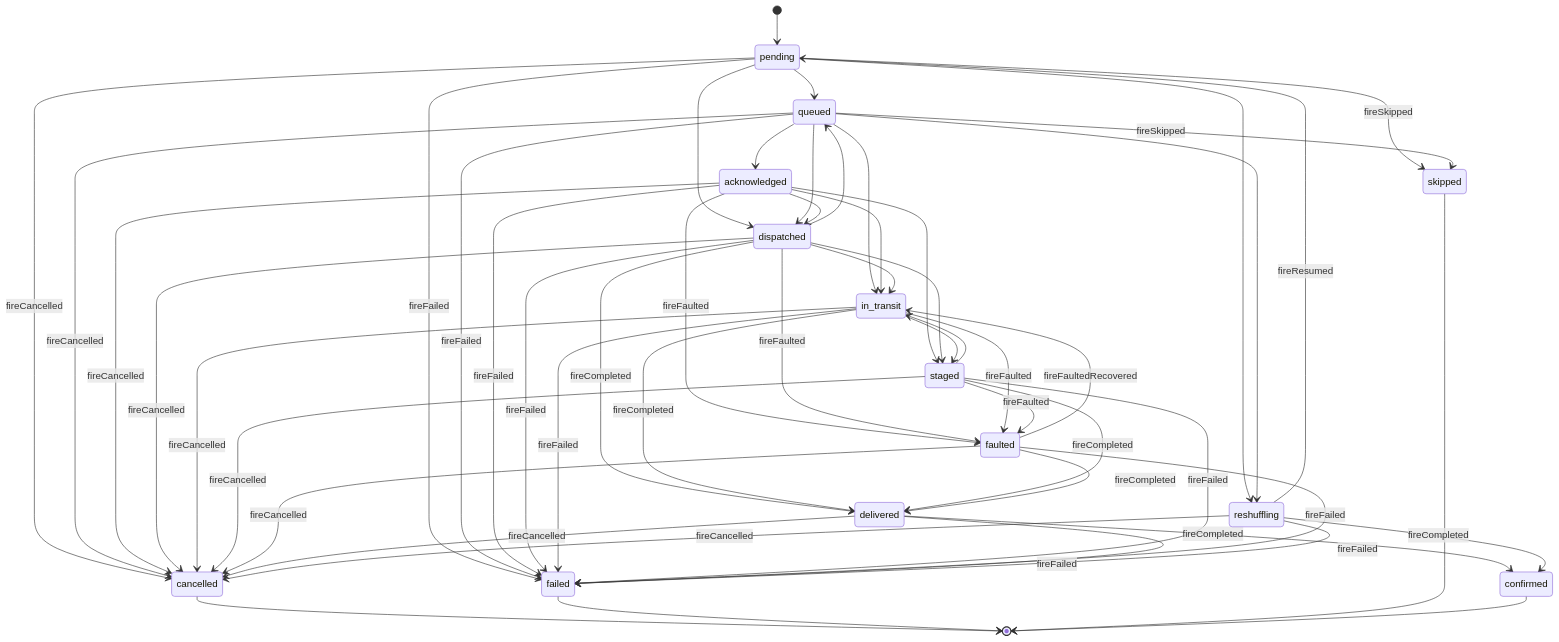
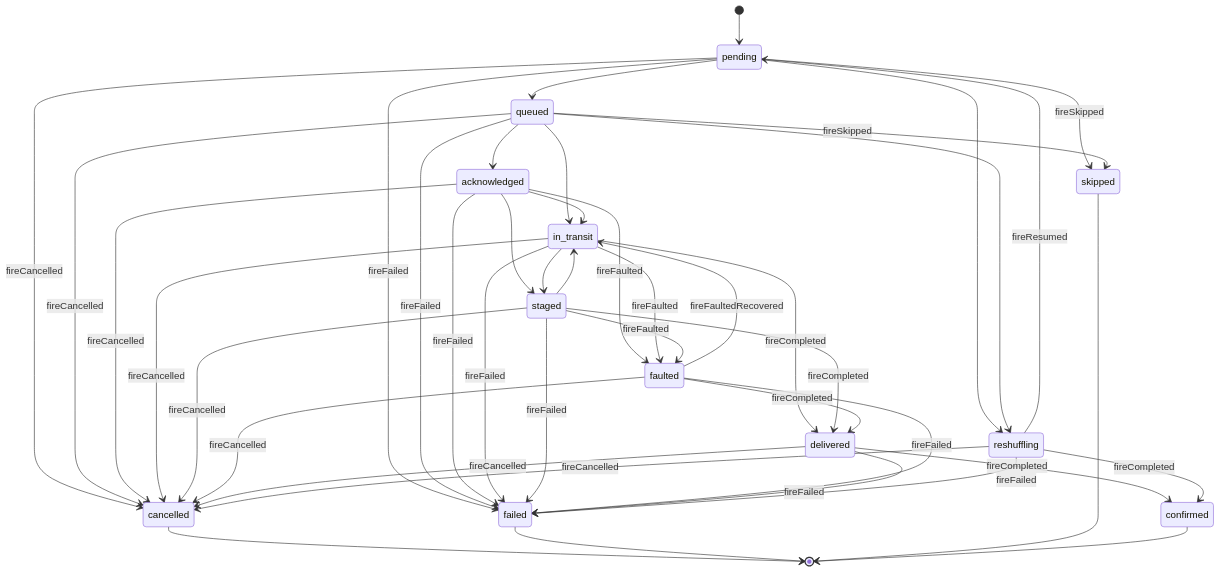
The first of 3 diagrams in docs/order-lifecycle.md (yatesdr/shingo), drawn with Mermaid before and after one commit. The commit also changed other lines of this file and 43 other files, not shown here.

````diff
--- a/docs/order-lifecycle.md
+++ b/docs/order-lifecycle.md
@@ -143,65 +143,54 @@
 ```mermaid
 stateDiagram-v2
     [*] --> pending
 
     pending --> queued
-    pending --> dispatched
     pending --> reshuffling
     pending --> cancelled: fireCancelled
     pending --> failed: fireFailed
     pending --> skipped: fireSkipped
 
     queued --> acknowledged
-    queued --> dispatched
     queued --> in_transit
     queued --> reshuffling
     queued --> cancelled: fireCancelled
     queued --> failed: fireFailed
     queued --> skipped: fireSkipped
 
-    acknowledged --> dispatched
     acknowledged --> in_transit
     acknowledged --> staged
     acknowledged --> cancelled: fireCancelled
     acknowledged --> faulted: fireFaulted
     acknowledged --> failed: fireFailed
-
-    dispatched --> in_transit
-    dispatched --> staged
-    dispatched --> delivered: fireCompleted
-    dispatched --> queued
-    dispatched --> cancelled: fireCancelled
-    dispatched --> faulted: fireFaulted
-    dispatched --> failed: fireFailed
 
     in_transit --> delivered: fireCompleted
     in_transit --> staged
     in_transit --> cancelled: fireCancelled
     in_transit --> faulted: fireFaulted
     in_transit --> failed: fireFailed
 
     staged --> in_transit
     staged --> delivered: fireCompleted
     staged --> cancelled: fireCancelled
     staged --> faulted: fireFaulted
     staged --> failed: fireFailed
 
     faulted --> in_transit: fireFaultedRecovered
     faulted --> delivered: fireCompleted
     faulted --> failed: fireFailed
     faulted --> cancelled: fireCancelled
 
     delivered --> confirmed: fireCompleted
     delivered --> cancelled: fireCancelled
     delivered --> failed: fireFailed
 
     reshuffling --> confirmed: fireCompleted
     reshuffling --> pending: fireResumed
     reshuffling --> cancelled: fireCancelled
     reshuffling --> failed: fireFailed
 
     cancelled --> [*]
     failed --> [*]
     skipped --> [*]
     confirmed --> [*]
 ```
````
